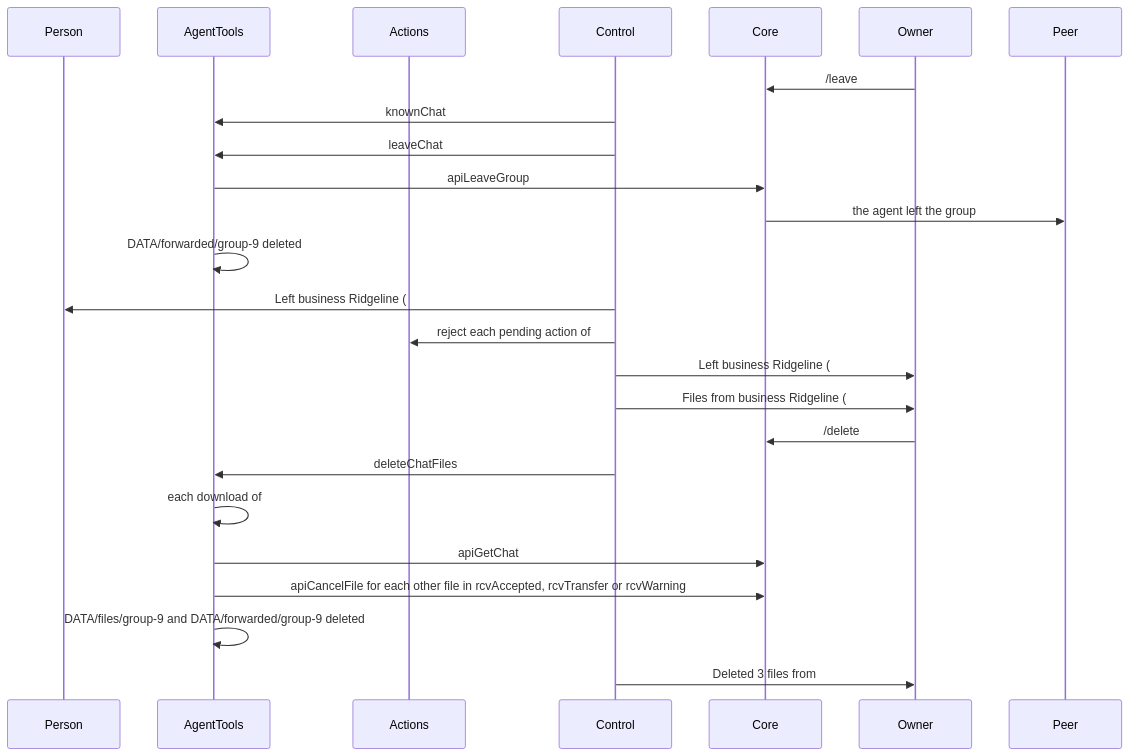
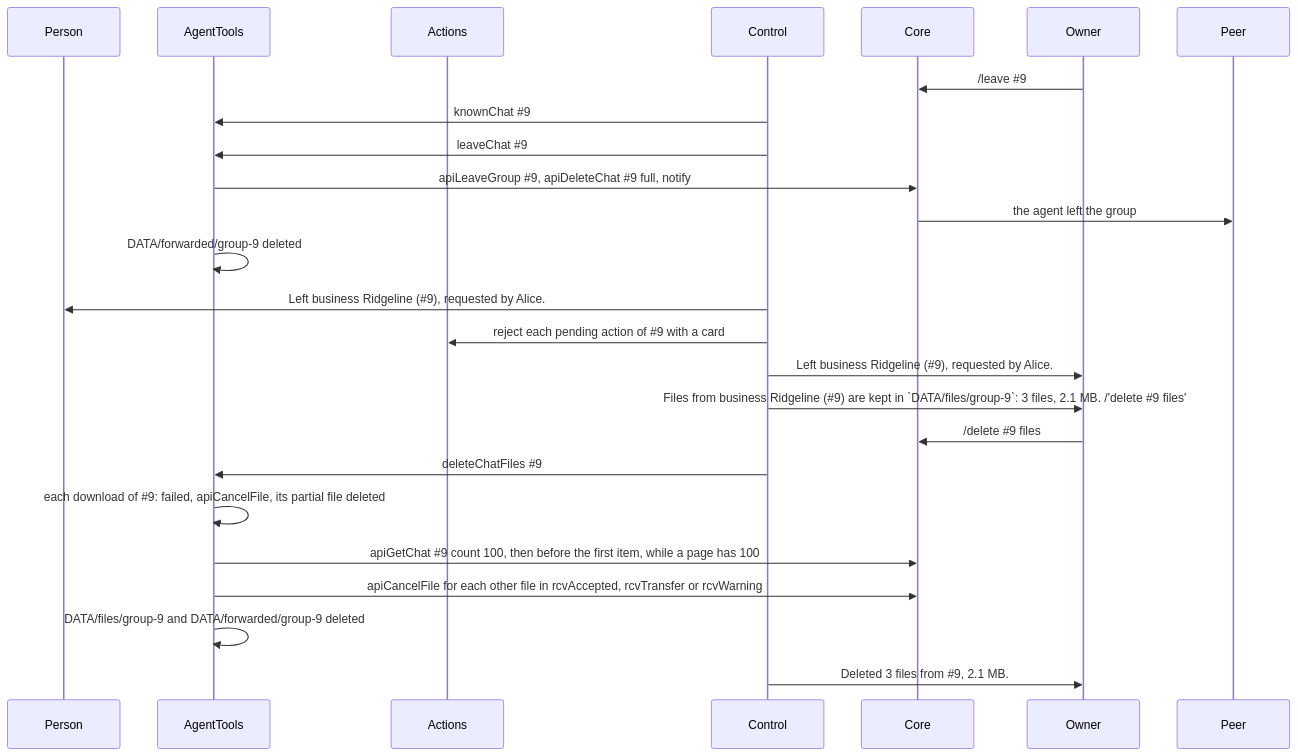
Before and after one commit to simplex-chat/simplex-chat: diagram 16 of 30 in packages/simplex-chat-mcp/spec/flows.md, drawn with Mermaid. The commit also changed other lines of this file and 1 other file, not shown here.

First line of the commit message:
mcp: spec diagrams render whole on GitHub

````diff
--- a/packages/simplex-chat-mcp/spec/flows.md
+++ b/packages/simplex-chat-mcp/spec/flows.md
@@ -703,27 +703,27 @@
 ```mermaid
 sequenceDiagram
   participant P as Person
   participant T as AgentTools
   participant X as Actions
   participant K as Control
   participant C as Core
   participant O as Owner
   participant D as Peer
-  O->>C: /leave #9
-  K->>T: knownChat #9
-  K->>T: leaveChat #9
-  T->>C: apiLeaveGroup #9, apiDeleteChat #9 full, notify
+  O->>C: /leave #35;9
+  K->>T: knownChat #35;9
+  K->>T: leaveChat #35;9
+  T->>C: apiLeaveGroup #35;9, apiDeleteChat #35;9 full, notify
   C->>D: the agent left the group
   T->>T: DATA/forwarded/group-9 deleted
-  K->>P: Left business Ridgeline (#9), requested by Alice.
-  K->>X: reject each pending action of #9 with a card
-  K->>O: Left business Ridgeline (#9), requested by Alice.
-  K->>O: Files from business Ridgeline (#9) are kept in `DATA/files/group-9`: 3 files, 2.1 MB. /'delete #9 files'
-  O->>C: /delete #9 files
-  K->>T: deleteChatFiles #9
-  T->>T: each download of #9: failed, apiCancelFile, its partial file deleted
-  T->>C: apiGetChat #9 count 100, then before the first item, while a page has 100
+  K->>P: Left business Ridgeline (#35;9), requested by Alice.
+  K->>X: reject each pending action of #35;9 with a card
+  K->>O: Left business Ridgeline (#35;9), requested by Alice.
+  K->>O: Files from business Ridgeline (#35;9) are kept in `DATA/files/group-9`: 3 files, 2.1 MB. /'delete #35;9 files'
+  O->>C: /delete #35;9 files
+  K->>T: deleteChatFiles #35;9
+  T->>T: each download of #35;9: failed, apiCancelFile, its partial file deleted
+  T->>C: apiGetChat #35;9 count 100, then before the first item, while a page has 100
   T->>C: apiCancelFile for each other file in rcvAccepted, rcvTransfer or rcvWarning
   T->>T: DATA/files/group-9 and DATA/forwarded/group-9 deleted
-  K->>O: Deleted 3 files from #9, 2.1 MB.
+  K->>O: Deleted 3 files from #35;9, 2.1 MB.
 ```
````
